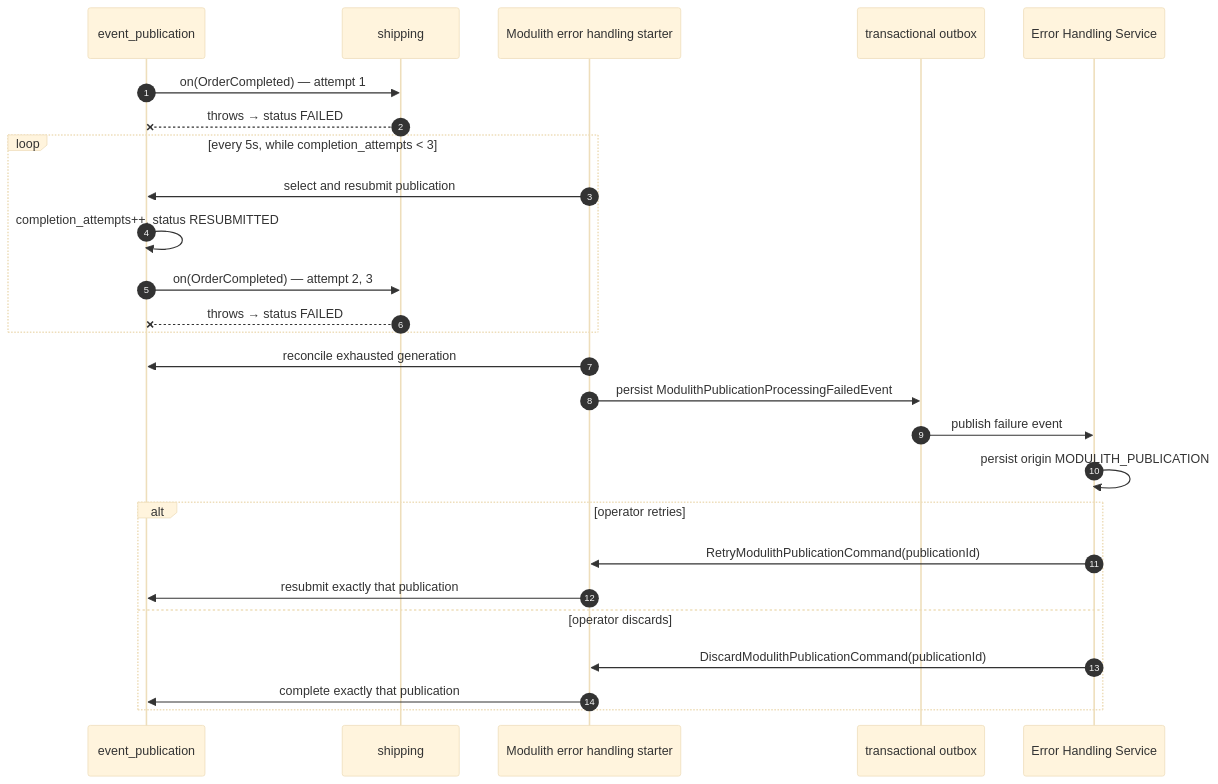
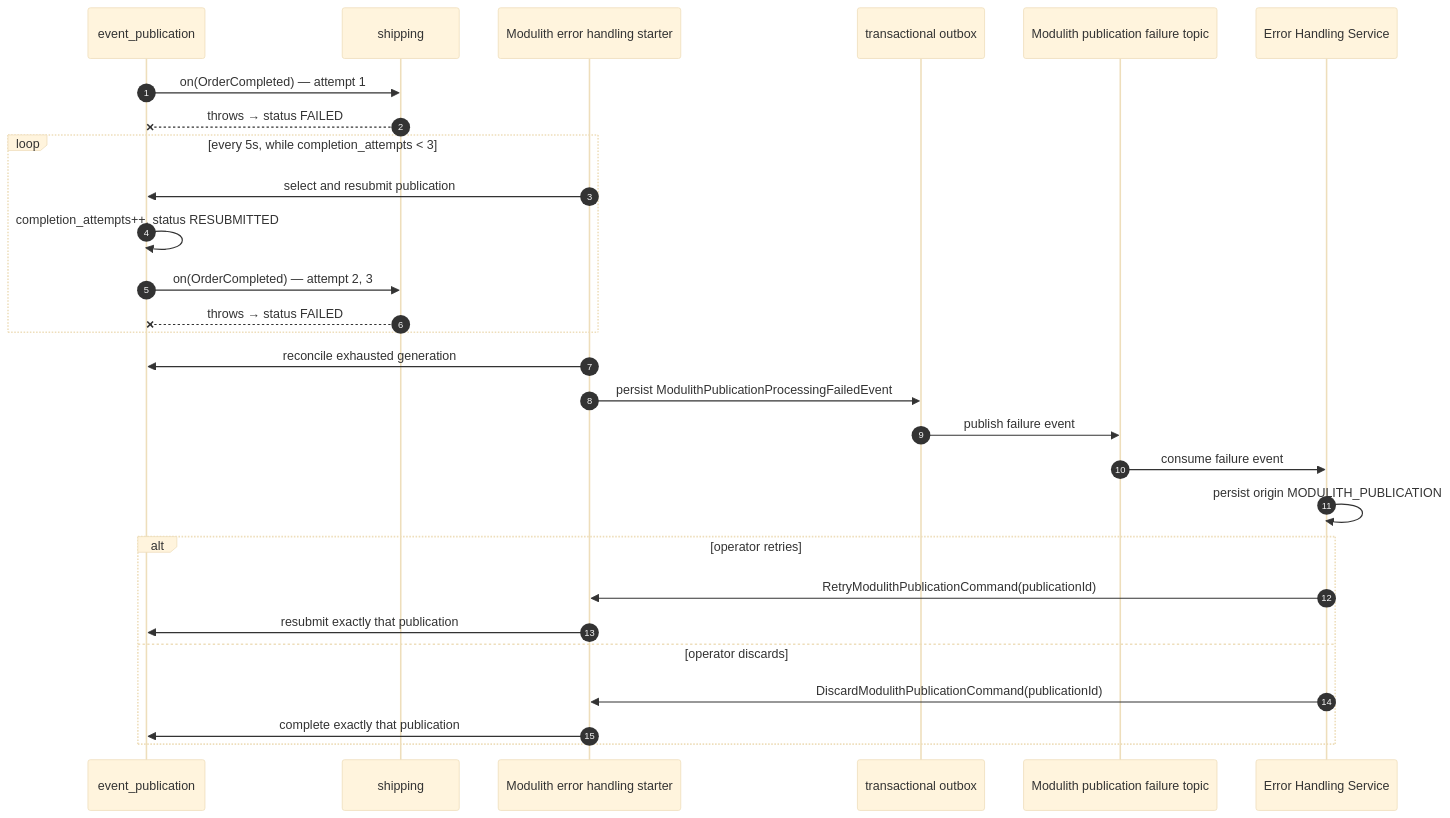
The fifth of 5 diagrams in docs/architecture.md (jme-admin-ch/jme-spring-modulith-example), drawn with Mermaid (base theme) before and after one commit. The commit also changed other lines of this file and 9 other files, not shown here.

Commit message:
JEAP-7449 Use dedicated Modulith failure topic

````diff
--- a/docs/architecture.md
+++ b/docs/architecture.md
@@ -186,31 +187,33 @@
 ```mermaid
 sequenceDiagram
     autonumber
     participant REG as event_publication
     participant SHI as shipping
     participant ST as Modulith error handling starter
     participant OB as transactional outbox
+    participant FT as Modulith publication failure topic
     participant EHS as Error Handling Service
 
     REG->>SHI: on(OrderCompleted) — attempt 1
     SHI--xREG: throws → status FAILED
 
     loop every 5s, while completion_attempts < 3
         ST->>REG: select and resubmit publication
         REG->>REG: completion_attempts++, status RESUBMITTED
         REG->>SHI: on(OrderCompleted) — attempt 2, 3
         SHI--xREG: throws → status FAILED
     end
 
     ST->>REG: reconcile exhausted generation
     ST->>OB: persist ModulithPublicationProcessingFailedEvent
-    OB->>EHS: publish failure event
+    OB->>FT: publish failure event
+    FT->>EHS: consume failure event
     EHS->>EHS: persist origin MODULITH_PUBLICATION
     alt operator retries
         EHS->>ST: RetryModulithPublicationCommand(publicationId)
         ST->>REG: resubmit exactly that publication
     else operator discards
         EHS->>ST: DiscardModulithPublicationCommand(publicationId)
         ST->>REG: complete exactly that publication
     end
 ```
````
